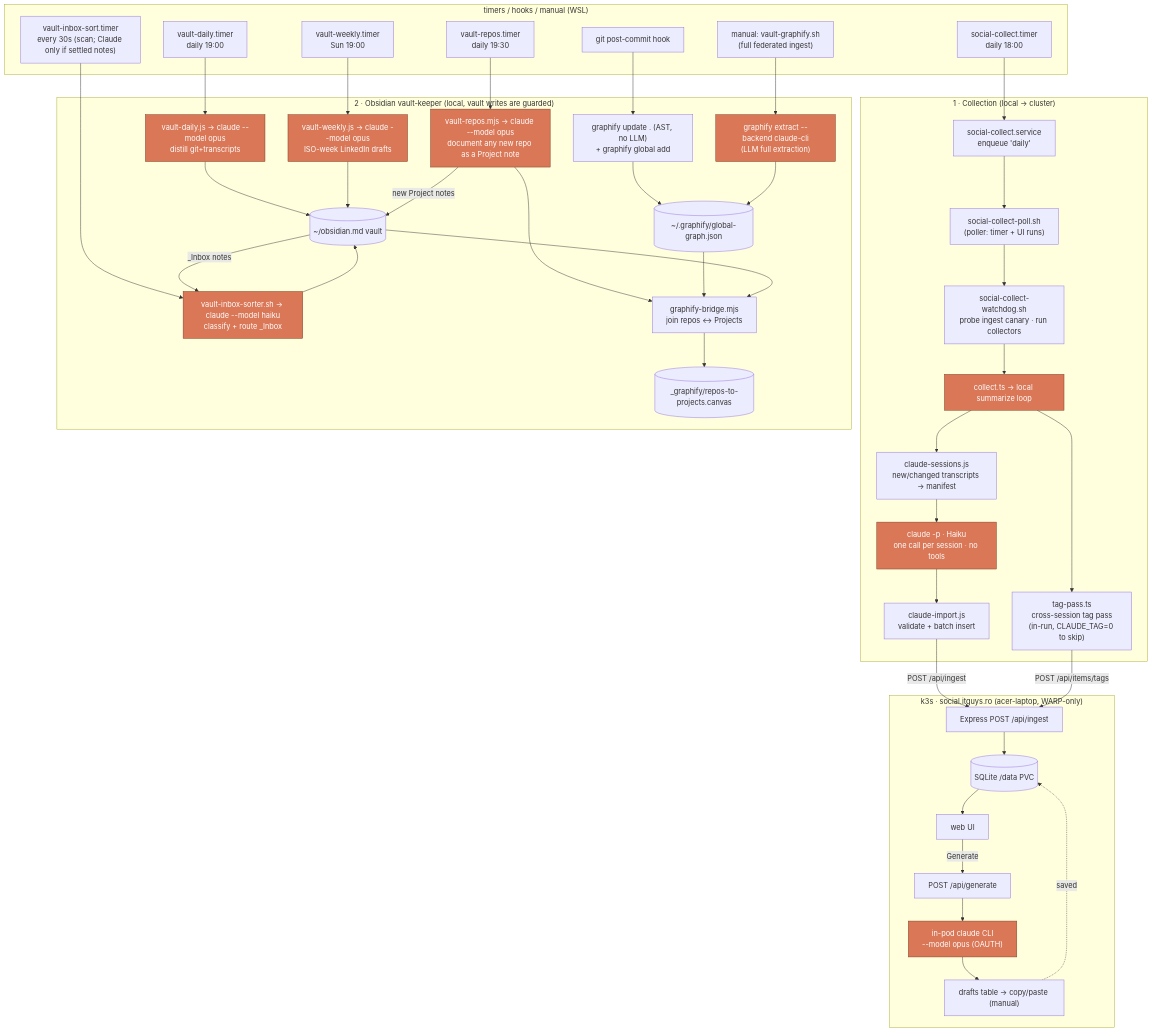
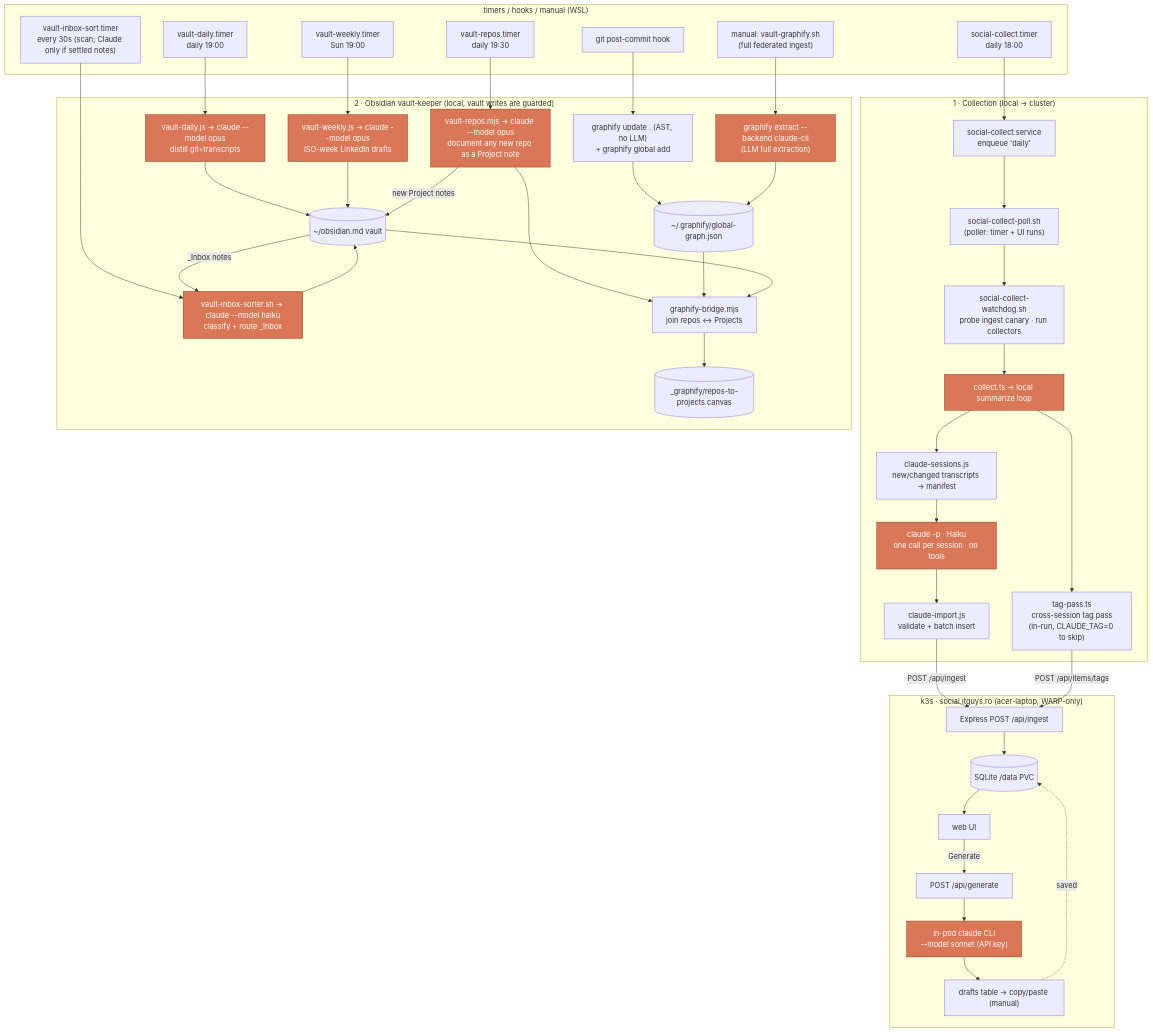
One commit to dustfeather/social-update changed the diagram in README.md. Above: the diagram before and after it, drawn with Mermaid. The commit also changed other lines of this file and 5 other files, not shown here.

Commit message:
deploy: auth in-pod claude with ANTHROPIC_API_KEY instead of the OAuth token

````diff
--- a/README.md
+++ b/README.md
@@ -41,73 +41,73 @@
 ```mermaid
 flowchart TB
     subgraph triggers["timers / hooks / manual (WSL)"]
         T1["social-collect.timer<br/>daily 18:00"]
         T2["vault-daily.timer<br/>daily 19:00"]
         T3["vault-weekly.timer<br/>Sun 19:00"]
         T4["vault-inbox-sort.timer<br/>every 30s (scan; Claude only if settled notes)"]
         T5["vault-repos.timer<br/>daily 19:30"]
         GH["git post-commit hook"]
         MAN["manual: vault-graphify.sh<br/>(full federated ingest)"]
     end
 
     %% ---------- Collection loop ----------
     subgraph collect["1 · Collection (local → cluster)"]
         SVC["social-collect.service<br/>enqueue 'daily'"]
         POLL["social-collect-poll.sh<br/>(poller: timer + UI runs)"]
         WD["social-collect-watchdog.sh<br/>probe ingest canary · run collectors"]
         COL["collect.ts → local summarize loop"]
         SCAN["claude-sessions.js<br/>new/changed transcripts → manifest"]
         SUB["claude -p · Haiku<br/>one call per session · no tools"]
         IMP["claude-import.js<br/>validate + batch insert"]
         TAG["tag-pass.ts<br/>cross-session tag pass<br/>(in-run, CLAUDE_TAG=0 to skip)"]
     end
 
     subgraph cluster["k3s · social.itguys.ro (acer-laptop, WARP-only)"]
         ING["Express POST /api/ingest"]
         DB[("SQLite /data PVC")]
         UI["web UI"]
         GEN["POST /api/generate"]
-        CLI["in-pod claude CLI<br/>--model opus (OAUTH)"]
+        CLI["in-pod claude CLI<br/>--model sonnet (API key)"]
         DRAFTS["drafts table → copy/paste (manual)"]
     end
 
     %% ---------- Obsidian vault-keeper ----------
     subgraph vault["2 · Obsidian vault-keeper (local, vault writes are guarded)"]
         VD["vault-daily.js → claude --model opus<br/>distill git+transcripts"]
         VW["vault-weekly.js → claude --model opus<br/>ISO-week LinkedIn drafts"]
         VI["vault-inbox-sorter.sh → claude --model haiku<br/>classify + route _Inbox"]
         VGH["graphify update . (AST, no LLM)<br/>+ graphify global add"]
         VGE["graphify extract --backend claude-cli<br/>(LLM full extraction)"]
         VR["vault-repos.mjs → claude --model opus<br/>document any new repo as a Project note"]
         BR["graphify-bridge.mjs<br/>join repos ↔ Projects"]
         OBS[("~/obsidian.md vault")]
         GRAPH[("~/.graphify/global-graph.json")]
         CANVAS[("_graphify/repos-to-projects.canvas")]
     end
 
     T1 --> SVC --> POLL
     POLL --> WD --> COL
     COL --> SCAN --> SUB --> IMP
     IMP -->|POST /api/ingest| ING
     COL --> TAG -->|POST /api/items/tags| ING
     ING --> DB
     DB --> UI
     UI -->|Generate| GEN --> CLI --> DRAFTS
     DRAFTS -.saved.-> DB
 
     T2 --> VD --> OBS
     T3 --> VW --> OBS
     T4 --> VI
     OBS -->|_Inbox notes| VI --> OBS
     GH --> VGH --> GRAPH
     MAN --> VGE --> GRAPH
     T5 --> VR
     VR -->|new Project notes| OBS
     VR --> BR
     GRAPH --> BR
     OBS --> BR
     BR --> CANVAS
 
     classDef claude fill:#d97757,stroke:#7a3b22,color:#fff;
     class CLI,VD,VW,VI,VGE,VR,COL,SUB claude;
 ```
````
